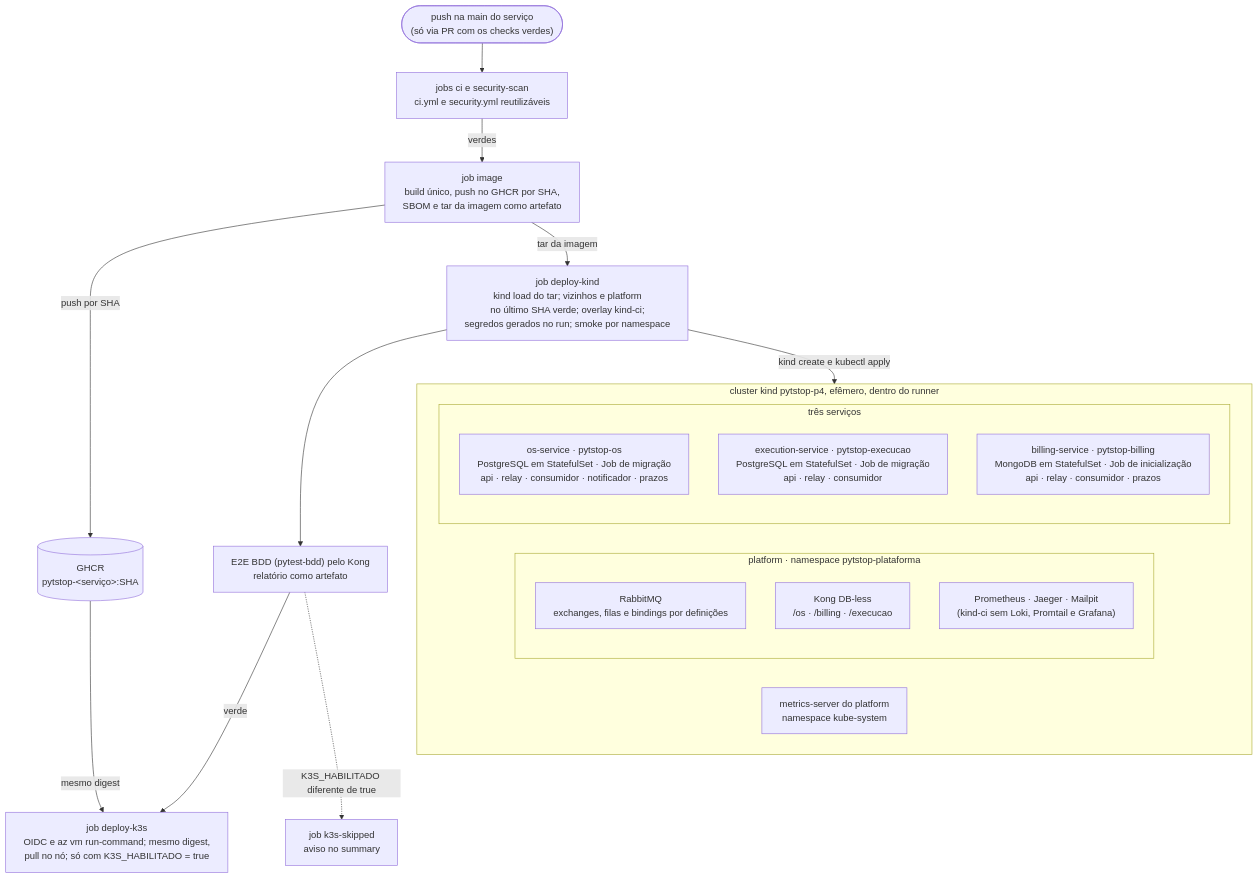
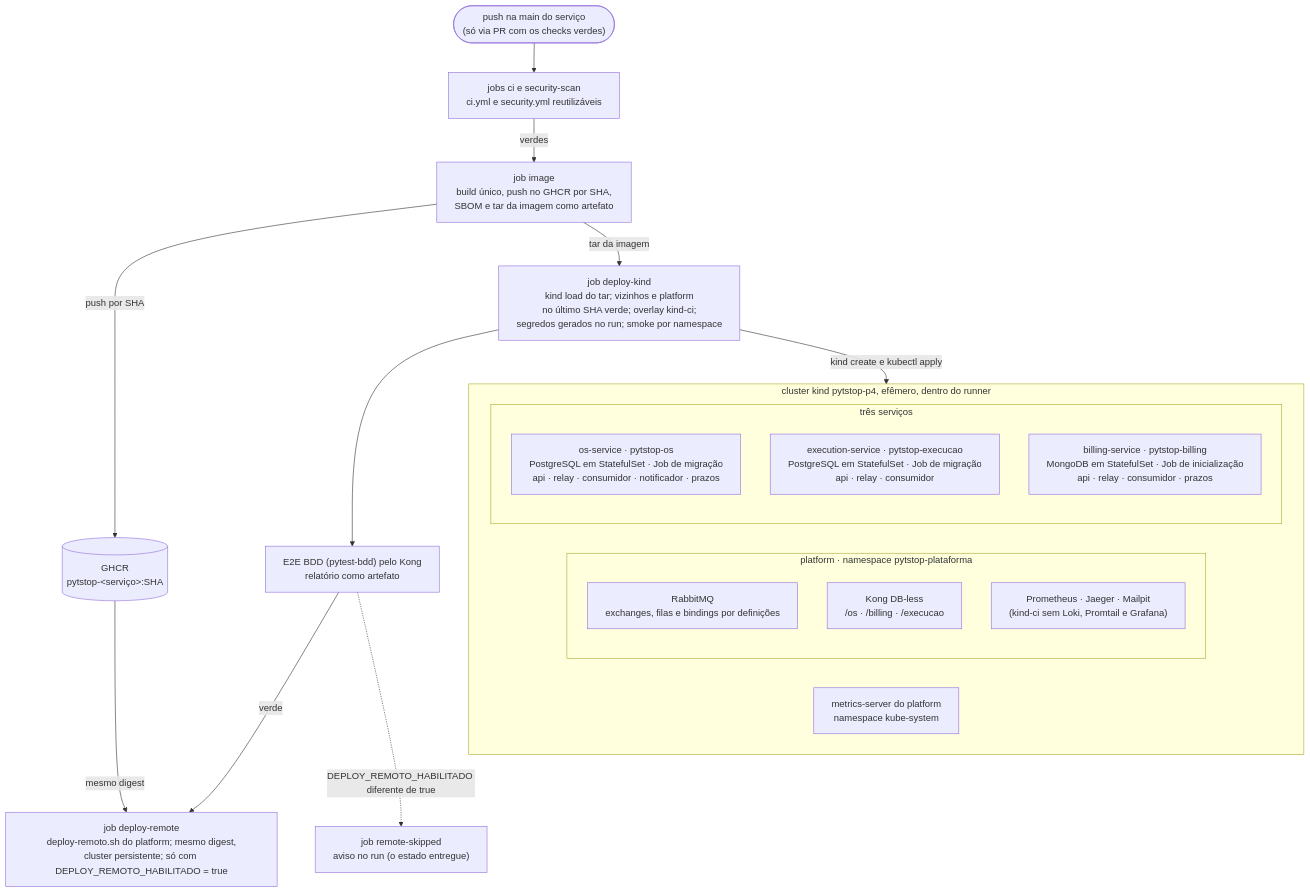
Diagram 13 of 13 in docs/arquitetura/rfc/fase4/rfc-004-microsservicos-saga.md (fiap-postech-sw-architecture/postech-sw-arch-p4-platform), drawn with Mermaid before and after one commit. The commit also changed other lines of this file and 16 other files, not shown here.

Commit message:
feat: prepara deploy remoto opcional (#20)

````diff
--- a/docs/arquitetura/rfc/fase4/rfc-004-microsservicos-saga.md
+++ b/docs/arquitetura/rfc/fase4/rfc-004-microsservicos-saga.md
@@ -1147,40 +1147,40 @@
 ```mermaid
 ---
 config:
   flowchart:
     wrappingWidth: 400
 ---
 flowchart TB
     push(["push na main do serviço<br/>(só via PR com os checks verdes)"])
     gates["jobs ci e security-scan<br/>ci.yml e security.yml reutilizáveis"]
     image["job image<br/>build único, push no GHCR por SHA,<br/>SBOM e tar da imagem como artefato"]
     ghcr[("GHCR<br/>pytstop-&lt;serviço&gt;:SHA")]
     dk["job deploy-kind<br/>kind load do tar; vizinhos e platform<br/>no último SHA verde; overlay kind-ci;<br/>segredos gerados no run; smoke por namespace"]
     e2e["E2E BDD (pytest-bdd) pelo Kong<br/>relatório como artefato"]
-    k3s["job deploy-k3s<br/>OIDC e az vm run-command; mesmo digest,<br/>pull no nó; só com K3S_HABILITADO = true"]
-    skip["job k3s-skipped<br/>aviso no summary"]
+    remote["job deploy-remote<br/>deploy-remoto.sh do platform; mesmo digest,<br/>cluster persistente; só com DEPLOY_REMOTO_HABILITADO = true"]
+    skip["job remote-skipped<br/>aviso no run (o estado entregue)"]
 
     subgraph kind["cluster kind pytstop-p4, efêmero, dentro do runner"]
         subgraph plat["platform · namespace pytstop-plataforma"]
             rmq["RabbitMQ<br/>exchanges, filas e bindings por definições"]
             kong["Kong DB-less<br/>/os · /billing · /execucao"]
             obs["Prometheus · Jaeger · Mailpit<br/>(kind-ci sem Loki, Promtail e Grafana)"]
         end
         ms["metrics-server do platform<br/>namespace kube-system"]
         subgraph svcs["três serviços"]
             os["os-service · pytstop-os<br/>PostgreSQL em StatefulSet · Job de migração<br/>api · relay · consumidor · notificador · prazos"]
             exe["execution-service · pytstop-execucao<br/>PostgreSQL em StatefulSet · Job de migração<br/>api · relay · consumidor"]
             bil["billing-service · pytstop-billing<br/>MongoDB em StatefulSet · Job de inicialização<br/>api · relay · consumidor · prazos"]
         end
     end
 
     push --> gates
     gates -->|"verdes"| image
     image -->|"push por SHA"| ghcr
     image -->|"tar da imagem"| dk
     dk -->|"kind create e kubectl apply"| kind
     dk --> e2e
-    e2e -->|"verde"| k3s
-    ghcr -->|"mesmo digest"| k3s
-    e2e -.->|"K3S_HABILITADO diferente de true"| skip
+    e2e -->|"verde"| remote
+    ghcr -->|"mesmo digest"| remote
+    e2e -.->|"DEPLOY_REMOTO_HABILITADO diferente de true"| skip
 ```
````
